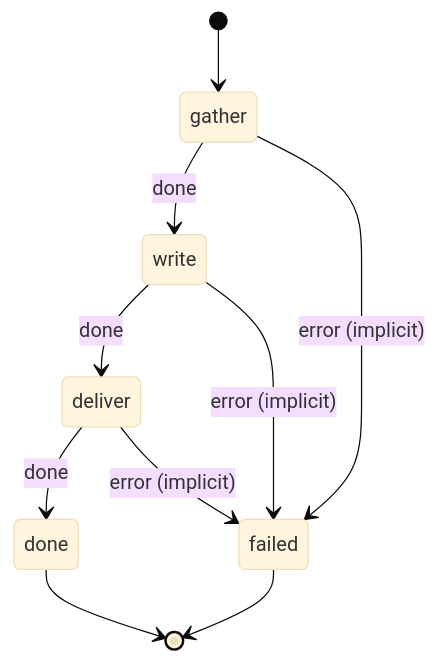
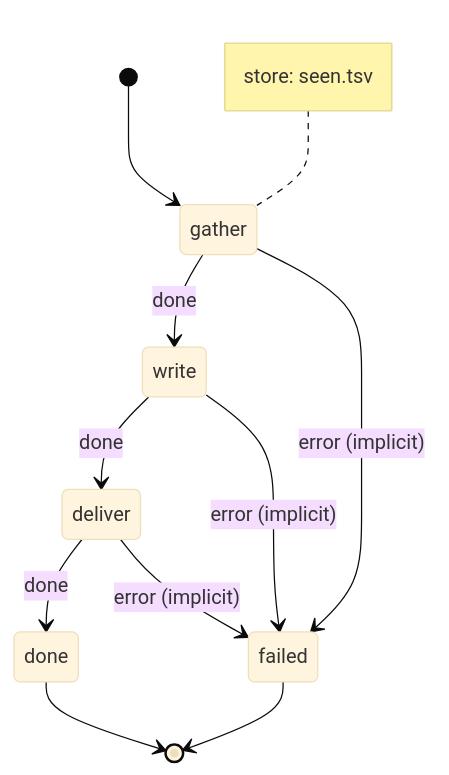
The diagram in examples/newsletter/.decree/graph/newsletter.md (jtmckay/decree), drawn with Mermaid (base theme) before and after one commit. The commit also changed 41 other files, not shown here.

````diff
--- a/examples/newsletter/.decree/graph/newsletter.md
+++ b/examples/newsletter/.decree/graph/newsletter.md
@@ -7,12 +7,15 @@
 ```mermaid
 stateDiagram-v2
     [*] --> gather
     deliver --> done: done
     deliver --> failed: error (implicit)
     gather --> write: done
     gather --> failed: error (implicit)
     write --> deliver: done
     write --> failed: error (implicit)
     done --> [*]
     failed --> [*]
+    note left of gather
+        store: seen.tsv
+    end note
 ```
````
